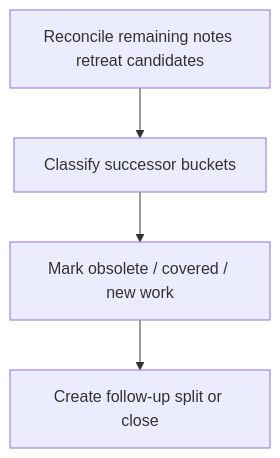
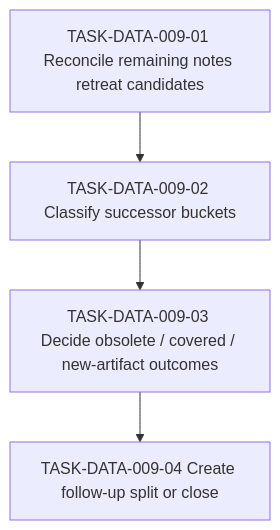
One commit to hiroshiasayadev-prog/brewprint changed the diagram in docs/work-items/data/WORK-DATA-009-remaining-uc-002-notes-retreat-classification.md. Above: the diagram before and after it, drawn with Mermaid. The commit also changed other lines of this file and 13 other files, not shown here.

First line of the commit message:
Classify the remaining UC-002 notes-retreat debt under WORK-DATA-009 and split follow-up ownership.

````diff
--- a/docs/work-items/data/WORK-DATA-009-remaining-uc-002-notes-retreat-classification.md
+++ b/docs/work-items/data/WORK-DATA-009-remaining-uc-002-notes-retreat-classification.md
@@ -55,8 +63,8 @@
 ```mermaid
 flowchart TD
-  T1["Reconcile remaining notes retreat candidates"]
-  T2["Classify successor buckets"]
-  T3["Mark obsolete / covered / new work"]
-  T4["Create follow-up split or close"]
+  T1["TASK-DATA-009-01 Reconcile remaining notes retreat candidates"]
+  T2["TASK-DATA-009-02 Classify successor buckets"]
+  T3["TASK-DATA-009-03 Decide obsolete / covered / new-artifact outcomes"]
+  T4["TASK-DATA-009-04 Create follow-up split or close"]
   T1 --> T2 --> T3 --> T4
 ```
````
